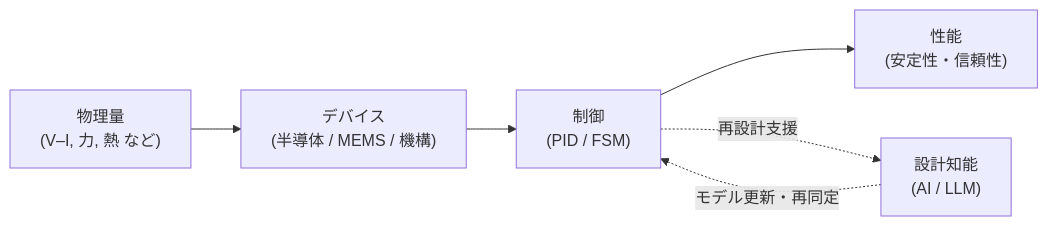
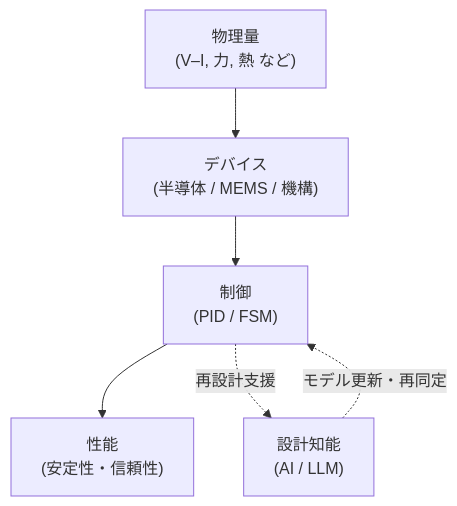
One commit to Samizo-AITL/Samizo-AITL.github.io changed the diagram in index.md. Above: the diagram before and after it, drawn with Mermaid.

````diff
--- a/index.md
+++ b/index.md
@@ -24,14 +24,14 @@
 ```mermaid
-flowchart LR
+flowchart TD
     P["物理量<br>(V–I, 力, 熱 など)"]
     D["デバイス<br>(半導体 / MEMS / 機構)"]
     C["制御<br>(PID / FSM)"]
     A["設計知能<br>(AI / LLM)"]
     S["性能<br>(安定性・信頼性)"]
 
     P --> D
     D --> C
     C --> S
     C -. 再設計支援 .-> A
     A -. モデル更新・再同定 .-> C
 ```
````
